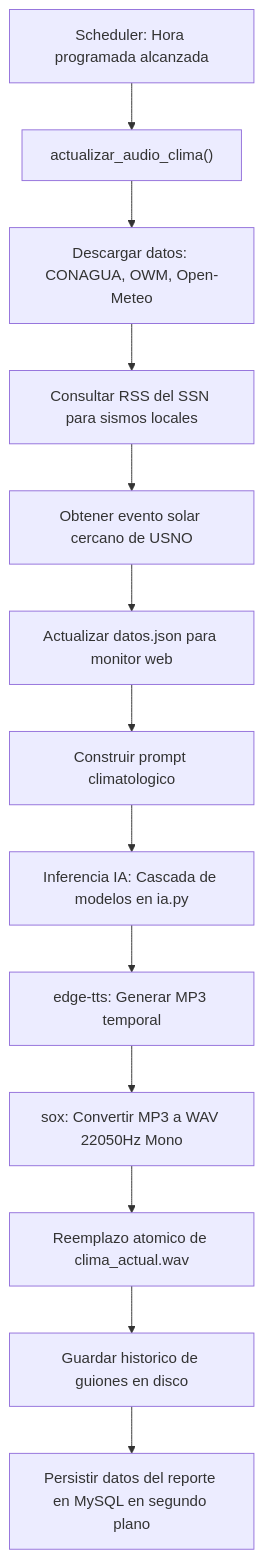
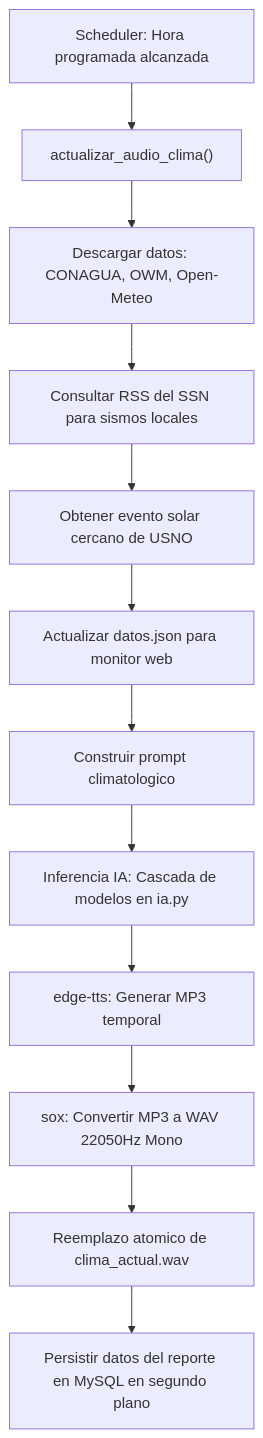
The second of 3 diagrams in README.md (raccoon129/noaa_stream), drawn with Mermaid before and after one commit. The commit also changed other lines of this file, not shown here.

Commit message:
Actualizado readme

````diff
--- a/README.md
+++ b/README.md
@@ -87,15 +86,14 @@
 ```mermaid
 graph TD
     A["Scheduler: Hora programada alcanzada"] --> B["actualizar_audio_clima()"]
     B --> C["Descargar datos: CONAGUA, OWM, Open-Meteo"]
     C --> D["Consultar RSS del SSN para sismos locales"]
     D --> E["Obtener evento solar cercano de USNO"]
     E --> F["Actualizar datos.json para monitor web"]
     F --> G["Construir prompt climatologico"]
     G --> H["Inferencia IA: Cascada de modelos en ia.py"]
     H --> I["edge-tts: Generar MP3 temporal"]
     I --> J["sox: Convertir MP3 a WAV 22050Hz Mono"]
     J --> K["Reemplazo atomico de clima_actual.wav"]
-    K --> L["Guardar historico de guiones en disco"]
-    L --> M["Persistir datos del reporte en MySQL en segundo plano"]
+    K --> L["Persistir datos del reporte en MySQL en segundo plano"]
 ```
````
